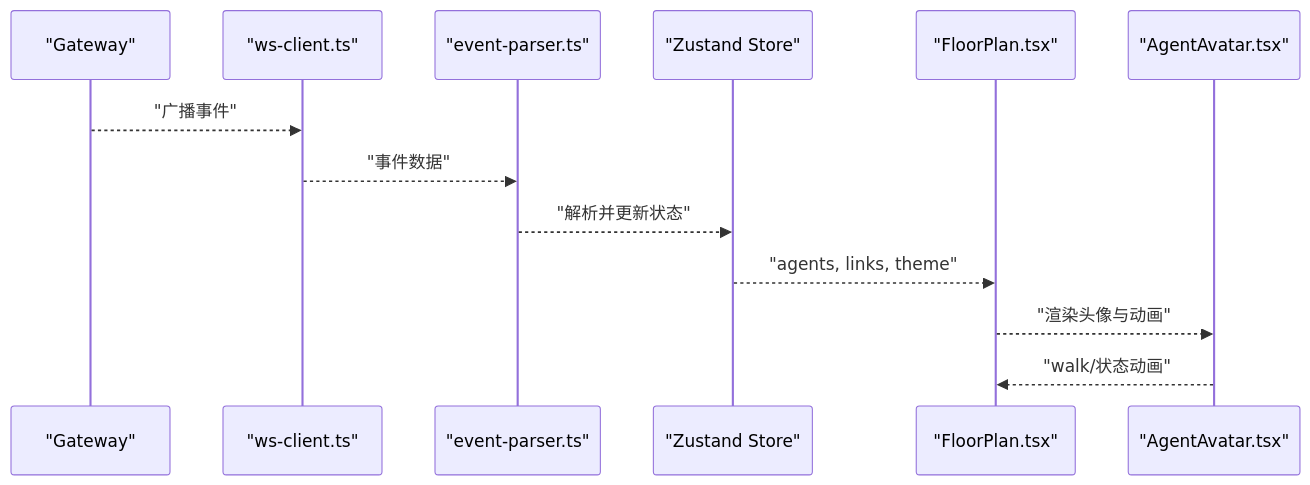
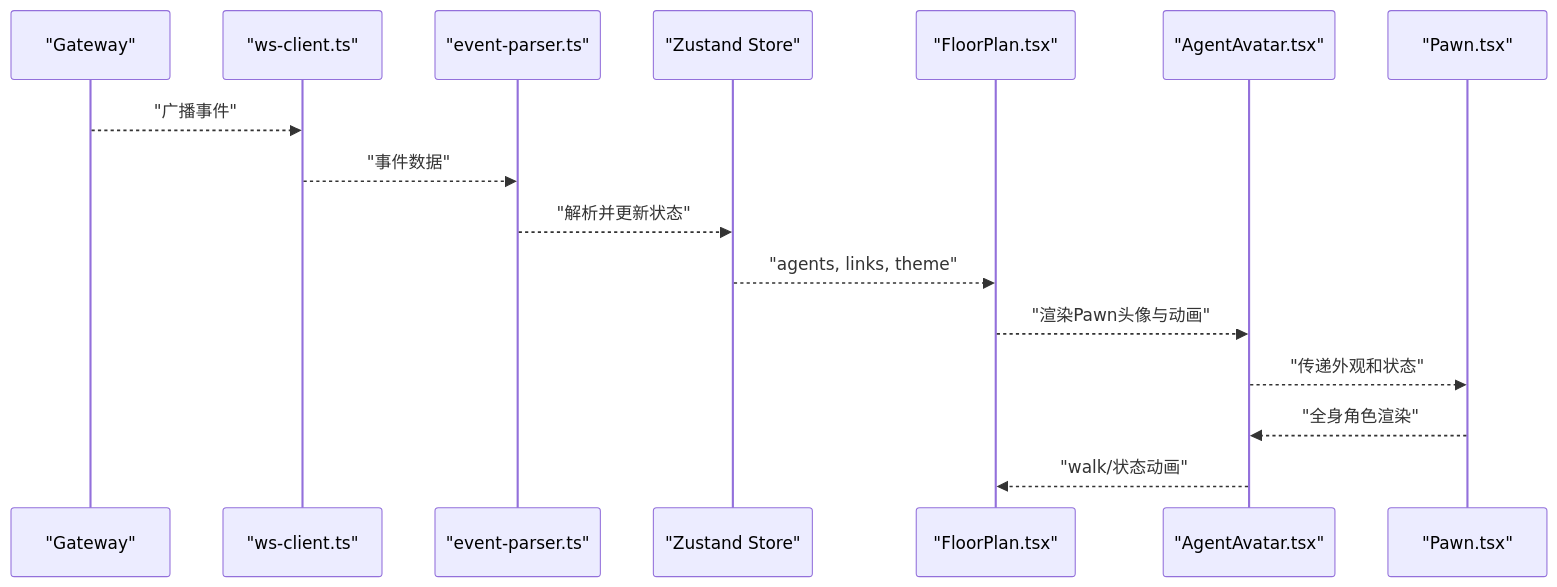
Before and after one commit to WW-AI-Lab/openclaw-office: the second of 9 diagrams in .qoder/repowiki/zh/content/虚拟办公室系统/虚拟办公室系统.md, drawn with Mermaid. The commit also changed other lines of this file and 15 other files, not shown here.

````diff
--- a/.qoder/repowiki/zh/content/虚拟办公室系统/虚拟办公室系统.md
+++ b/.qoder/repowiki/zh/content/虚拟办公室系统/虚拟办公室系统.md
@@ -117,15 +136,18 @@
 ```mermaid
 sequenceDiagram
 participant GW as "Gateway"
 participant WS as "ws-client.ts"
 participant EP as "event-parser.ts"
 participant ZS as "Zustand Store"
 participant FP as "FloorPlan.tsx"
-participant AV as "AgentAvatar.tsx"
+participant AA as "AgentAvatar.tsx"
+participant PAWN as "Pawn.tsx"
 GW-->>WS : "广播事件"
 WS-->>EP : "事件数据"
 EP-->>ZS : "解析并更新状态"
 ZS-->>FP : "agents, links, theme"
-FP-->>AV : "渲染头像与动画"
-AV-->>FP : "walk/状态动画"
+FP-->>AA : "渲染Pawn头像与动画"
+AA-->>PAWN : "传递外观和状态"
+PAWN-->>AA : "全身角色渲染"
+AA-->>FP : "walk/状态动画"
 ```
````
